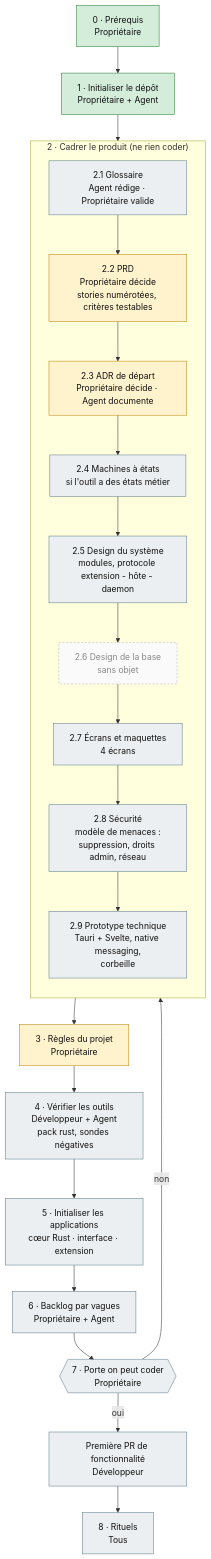
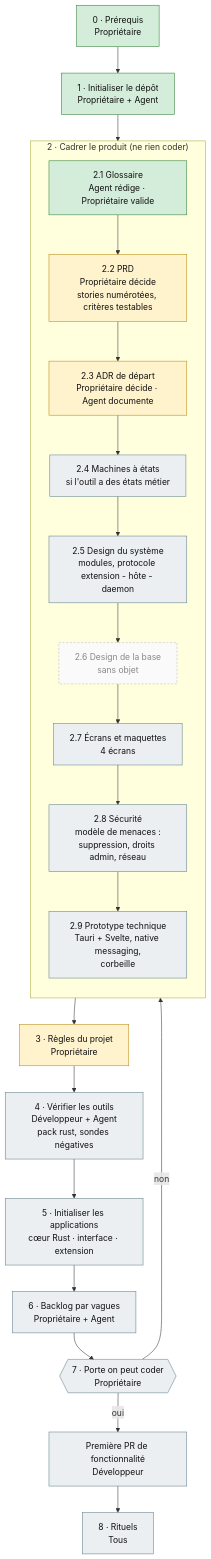
One commit to AresGn/Breathly changed the diagram in docs/parcours.md. Above: the diagram before and after it, drawn with Mermaid. The commit also changed other lines of this file and 4 other files, not shown here.

````diff
--- a/docs/parcours.md
+++ b/docs/parcours.md
@@ -21,35 +21,35 @@
 ```mermaid
 flowchart TD
     A0["0 · Prérequis<br/>Propriétaire"] --> A1["1 · Initialiser le dépôt<br/>Propriétaire + Agent"]
     A1 --> B
 
     subgraph B["2 · Cadrer le produit (ne rien coder)"]
         direction TB
         B1["2.1 Glossaire<br/>Agent rédige · Propriétaire valide"] --> B2["2.2 PRD<br/>Propriétaire décide<br/>stories numérotées, critères testables"]
         B2 --> B3["2.3 ADR de départ<br/>Propriétaire décide · Agent documente"]
         B3 --> B4["2.4 Machines à états<br/>si l'outil a des états métier"]
         B4 --> B5["2.5 Design du système<br/>modules, protocole extension - hôte - daemon"]
         B5 --> B6["2.6 Design de la base<br/>sans objet"]
         B6 --> B7["2.7 Écrans et maquettes<br/>4 écrans"]
         B7 --> B8["2.8 Sécurité<br/>modèle de menaces :<br/>suppression, droits admin, réseau"]
         B8 --> B9["2.9 Prototype technique<br/>Tauri + Svelte, native messaging,<br/>corbeille"]
     end
 
     B --> C["3 · Règles du projet<br/>Propriétaire"]
     C --> D["4 · Vérifier les outils<br/>Développeur + Agent<br/>pack rust, sondes négatives"]
     D --> E["5 · Initialiser les applications<br/>cœur Rust · interface · extension"]
     E --> F["6 · Backlog par vagues<br/>Propriétaire + Agent"]
     F --> G{{"7 · Porte on peut coder<br/>Propriétaire"}}
     G -- non --> B
     G -- oui --> H["Première PR de fonctionnalité<br/>Développeur"]
     H --> I["8 · Rituels<br/>Tous"]
 
     classDef done fill:#d4edda,stroke:#2e7d32,color:#111
     classDef progress fill:#fff3cd,stroke:#b8860b,color:#111
     classDef todo fill:#eceff1,stroke:#607d8b,color:#111
     classDef na fill:#fafafa,stroke:#bbb,stroke-dasharray: 4 3,color:#888
-    class A0,A1 done
+    class A0,A1,B1 done
     class B2,B3,C progress
-    class B1,B4,B5,B7,B8,B9,D,E,F,G,H,I todo
+    class B4,B5,B7,B8,B9,D,E,F,G,H,I todo
     class B6 na
 ```
````
